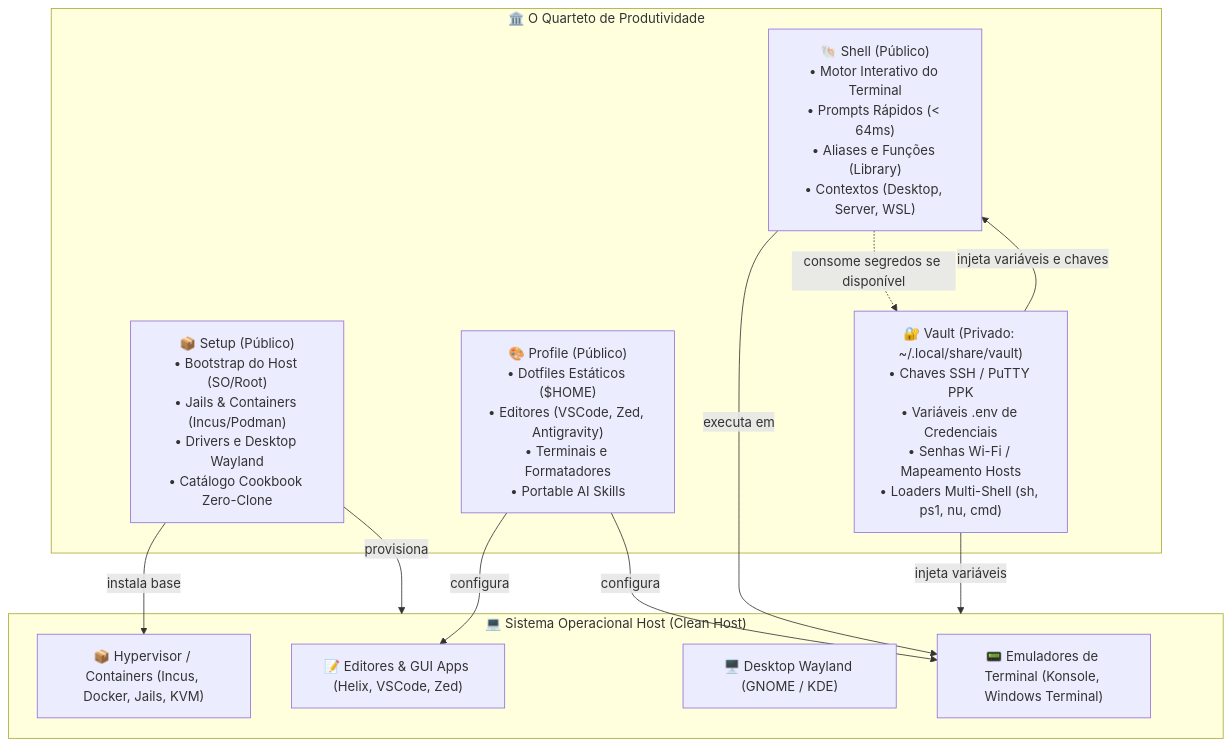
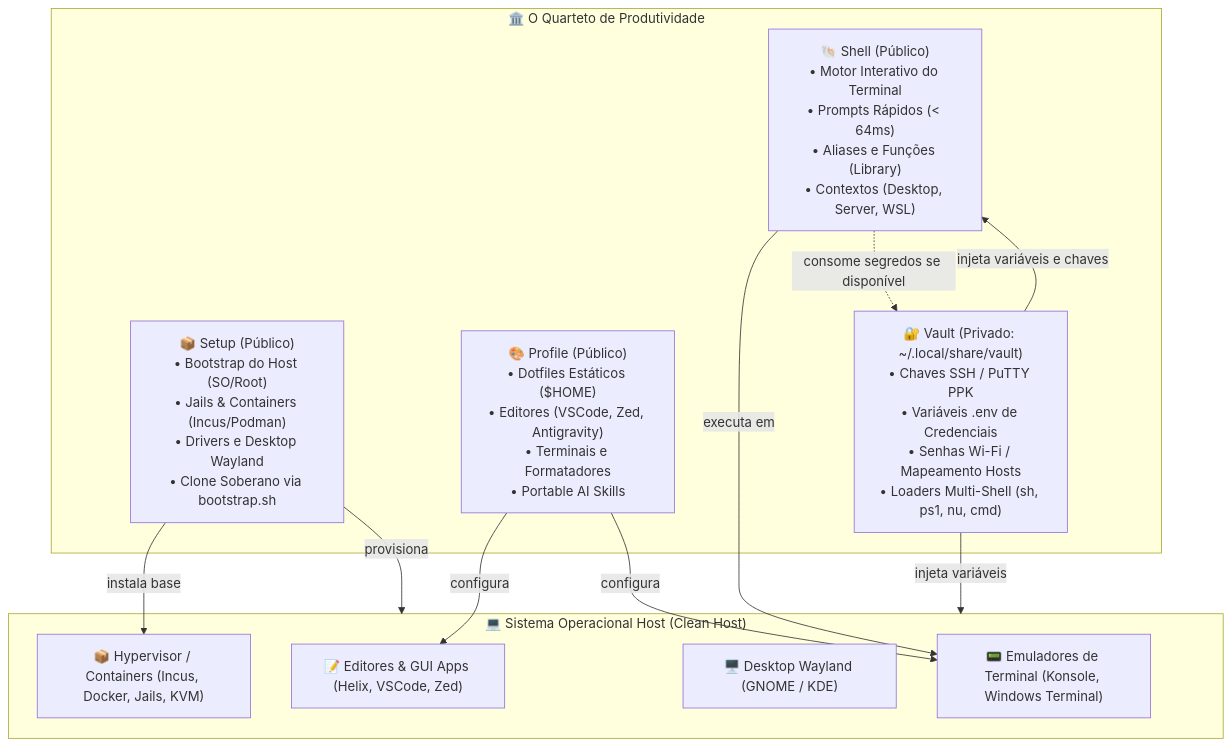
The diagram in docs/ARCHITECTURE.md (GabrielFrigo4/profile), drawn with Mermaid before and after one commit. The commit also changed other lines of this file and 3 other files, not shown here.

Commit message:
docs(profile): update Setup references to Sovereign Clone and remove nonexistent linters.sh

````diff
--- a/docs/ARCHITECTURE.md
+++ b/docs/ARCHITECTURE.md
@@ -9,27 +9,27 @@
 ```mermaid
 flowchart TD
     subgraph QUARTET ["🏛️ O Quarteto de Produtividade"]
-        SETUP["📦 Setup (Público)<br/>• Bootstrap do Host (SO/Root)<br/>• Jails & Containers (Incus/Podman)<br/>• Drivers e Desktop Wayland<br/>• Catálogo Cookbook Zero-Clone"]
+        SETUP["📦 Setup (Público)<br/>• Bootstrap do Host (SO/Root)<br/>• Jails & Containers (Incus/Podman)<br/>• Drivers e Desktop Wayland<br/>• Clone Soberano via bootstrap.sh"]
         PROFILE["🎨 Profile (Público)<br/>• Dotfiles Estáticos ($HOME)<br/>• Editores (VSCode, Zed, Antigravity)<br/>• Terminais e Formatadores<br/>• Portable AI Skills"]
         SHELL["🐚 Shell (Público)<br/>• Motor Interativo do Terminal<br/>• Prompts Rápidos (&lt; 64ms)<br/>• Aliases e Funções (Library)<br/>• Contextos (Desktop, Server, WSL)"]
         VAULT["🔐 Vault (Privado: ~/.local/share/vault)<br/>• Chaves SSH / PuTTY PPK<br/>• Variáveis .env de Credenciais<br/>• Senhas Wi-Fi / Mapeamento Hosts<br/>• Loaders Multi-Shell (sh, ps1, nu, cmd)"]
     end
 
     subgraph HOST ["💻 Sistema Operacional Host (Clean Host)"]
         GUI["🖥️ Desktop Wayland (GNOME / KDE)"]
         IDEs["📝 Editores & GUI Apps (Helix, VSCode, Zed)"]
         TERM["📟 Emuladores de Terminal (Konsole, Windows Terminal)"]
         HYPER["📦 Hypervisor / Containers (Incus, Docker, Jails, KVM)"]
     end
 
     SETUP -->|provisiona| HOST
     SETUP -->|instala base| HYPER
     PROFILE -->|configura| IDEs
     PROFILE -->|configura| TERM
 
     SHELL -->|executa em| TERM
     SHELL -.->|consome segredos se disponível| VAULT
 
     VAULT -->|injeta variáveis e chaves| SHELL
     VAULT -->|injeta variáveis| HOST
 ```
````
